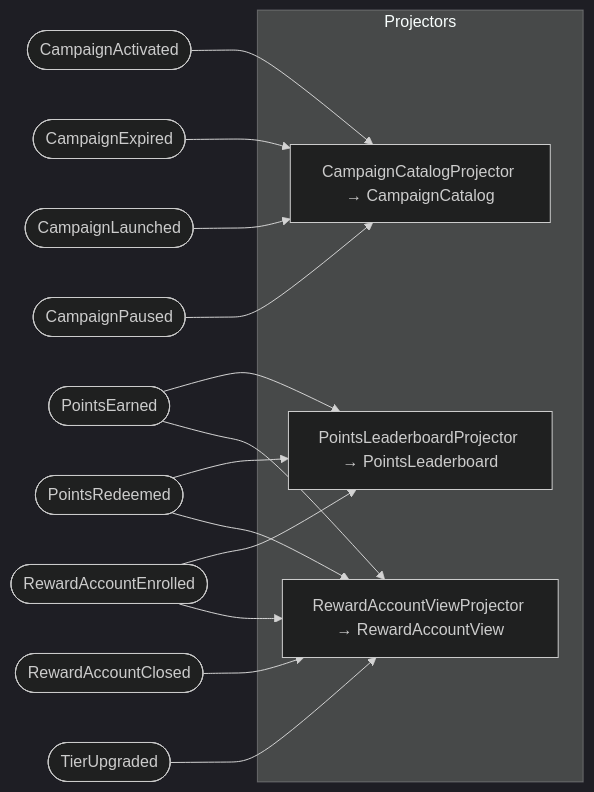
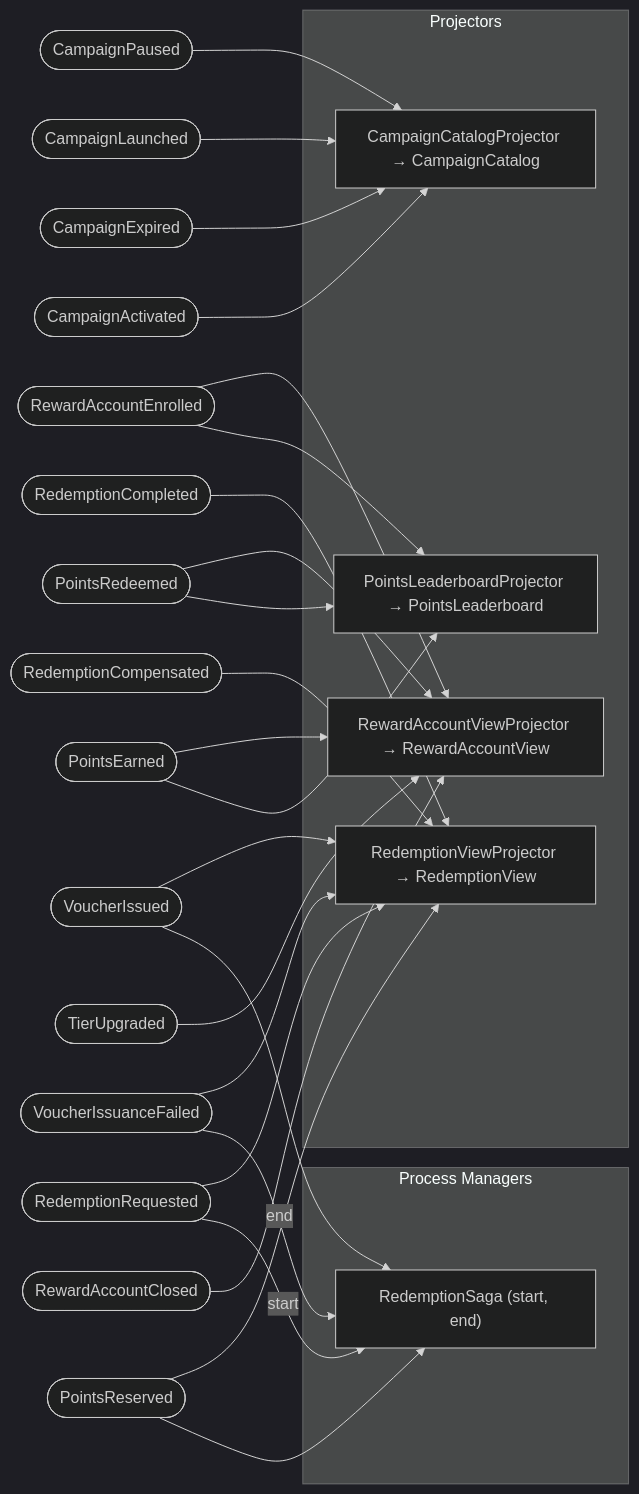
The fifth of 5 diagrams in docs/loyalty/event-flows.md (proteanhq/shopstream), drawn with Mermaid (dark theme) before and after one commit. The commit also changed other lines of this file and 23 other files, not shown here.

First line of the commit message:
loyalty: RedemptionSaga process manager — dict correlate + compensation + end (enhancement phase 4) (#16)

````diff
--- a/docs/loyalty/event-flows.md
+++ b/docs/loyalty/event-flows.md
@@ -70,29 +103,49 @@
 ```mermaid
 flowchart LR
     evt_loyalty_campaign_events_CampaignActivated([CampaignActivated])
     evt_loyalty_campaign_events_CampaignExpired([CampaignExpired])
     evt_loyalty_campaign_events_CampaignLaunched([CampaignLaunched])
     evt_loyalty_campaign_events_CampaignPaused([CampaignPaused])
+    evt_loyalty_redemption_events_PointsReserved([PointsReserved])
+    evt_loyalty_redemption_events_RedemptionCompensated([RedemptionCompensated])
+    evt_loyalty_redemption_events_RedemptionCompleted([RedemptionCompleted])
+    evt_loyalty_redemption_events_RedemptionRequested([RedemptionRequested])
+    evt_loyalty_redemption_events_VoucherIssuanceFailed([VoucherIssuanceFailed])
+    evt_loyalty_redemption_events_VoucherIssued([VoucherIssued])
     evt_loyalty_reward_events_PointsEarned([PointsEarned])
     evt_loyalty_reward_events_PointsRedeemed([PointsRedeemed])
     evt_loyalty_reward_events_RewardAccountClosed([RewardAccountClosed])
     evt_loyalty_reward_events_RewardAccountEnrolled([RewardAccountEnrolled])
     evt_loyalty_reward_events_TierUpgraded([TierUpgraded])
+    subgraph process_managers["Process Managers"]
+        pm_loyalty_redemption_saga_RedemptionSaga["RedemptionSaga (start, end)"]
+    end
     subgraph projectors["Projectors"]
         proj_loyalty_projections_campaign_catalog_CampaignCatalogProjector[CampaignCatalogProjector → CampaignCatalog]
         proj_loyalty_projections_points_leaderboard_PointsLeaderboardProjector[PointsLeaderboardProjector → PointsLeaderboard]
+        proj_loyalty_projections_redemption_view_RedemptionViewProjector[RedemptionViewProjector → RedemptionView]
         proj_loyalty_projections_reward_account_view_RewardAccountViewProjector[RewardAccountViewProjector → RewardAccountView]
     end
+    evt_loyalty_redemption_events_PointsReserved --> pm_loyalty_redemption_saga_RedemptionSaga
+    evt_loyalty_redemption_events_RedemptionRequested -->|start| pm_loyalty_redemption_saga_RedemptionSaga
+    evt_loyalty_redemption_events_VoucherIssuanceFailed -->|end| pm_loyalty_redemption_saga_RedemptionSaga
+    evt_loyalty_redemption_events_VoucherIssued --> pm_loyalty_redemption_saga_RedemptionSaga
     evt_loyalty_campaign_events_CampaignActivated --> proj_loyalty_projections_campaign_catalog_CampaignCatalogProjector
     evt_loyalty_campaign_events_CampaignExpired --> proj_loyalty_projections_campaign_catalog_CampaignCatalogProjector
     evt_loyalty_campaign_events_CampaignLaunched --> proj_loyalty_projections_campaign_catalog_CampaignCatalogProjector
     evt_loyalty_campaign_events_CampaignPaused --> proj_loyalty_projections_campaign_catalog_CampaignCatalogProjector
     evt_loyalty_reward_events_PointsEarned --> proj_loyalty_projections_points_leaderboard_PointsLeaderboardProjector
     evt_loyalty_reward_events_PointsRedeemed --> proj_loyalty_projections_points_leaderboard_PointsLeaderboardProjector
     evt_loyalty_reward_events_RewardAccountEnrolled --> proj_loyalty_projections_points_leaderboard_PointsLeaderboardProjector
+    evt_loyalty_redemption_events_PointsReserved --> proj_loyalty_projections_redemption_view_RedemptionViewProjector
+    evt_loyalty_redemption_events_RedemptionCompensated --> proj_loyalty_projections_redemption_view_RedemptionViewProjector
+    evt_loyalty_redemption_events_RedemptionCompleted --> proj_loyalty_projections_redemption_view_RedemptionViewProjector
+    evt_loyalty_redemption_events_RedemptionRequested --> proj_loyalty_projections_redemption_view_RedemptionViewProjector
+    evt_loyalty_redemption_events_VoucherIssuanceFailed --> proj_loyalty_projections_redemption_view_RedemptionViewProjector
+    evt_loyalty_redemption_events_VoucherIssued --> proj_loyalty_projections_redemption_view_RedemptionViewProjector
     evt_loyalty_reward_events_PointsEarned --> proj_loyalty_projections_reward_account_view_RewardAccountViewProjector
     evt_loyalty_reward_events_PointsRedeemed --> proj_loyalty_projections_reward_account_view_RewardAccountViewProjector
     evt_loyalty_reward_events_RewardAccountClosed --> proj_loyalty_projections_reward_account_view_RewardAccountViewProjector
     evt_loyalty_reward_events_RewardAccountEnrolled --> proj_loyalty_projections_reward_account_view_RewardAccountViewProjector
     evt_loyalty_reward_events_TierUpgraded --> proj_loyalty_projections_reward_account_view_RewardAccountViewProjector
 ```
````
